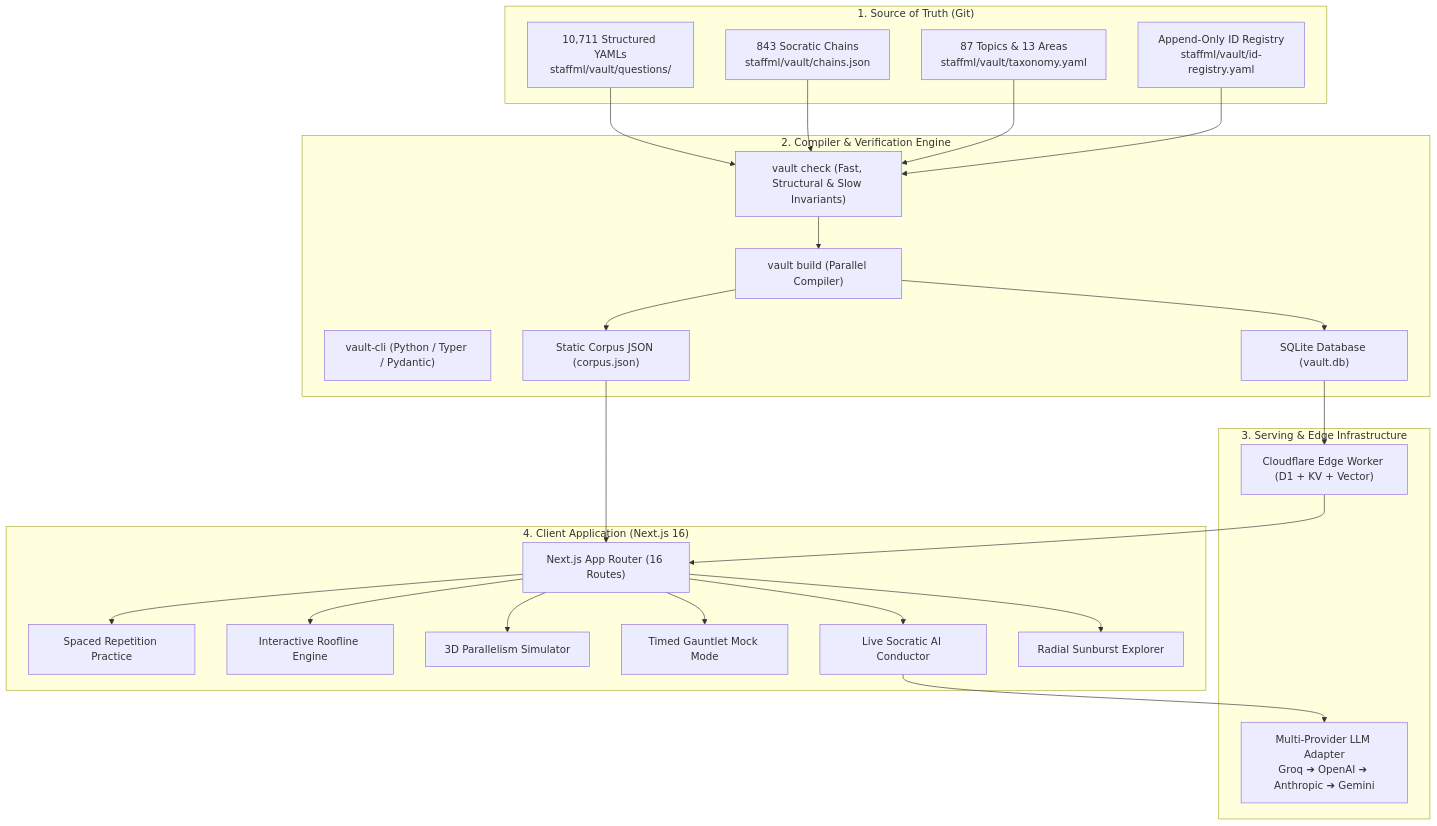
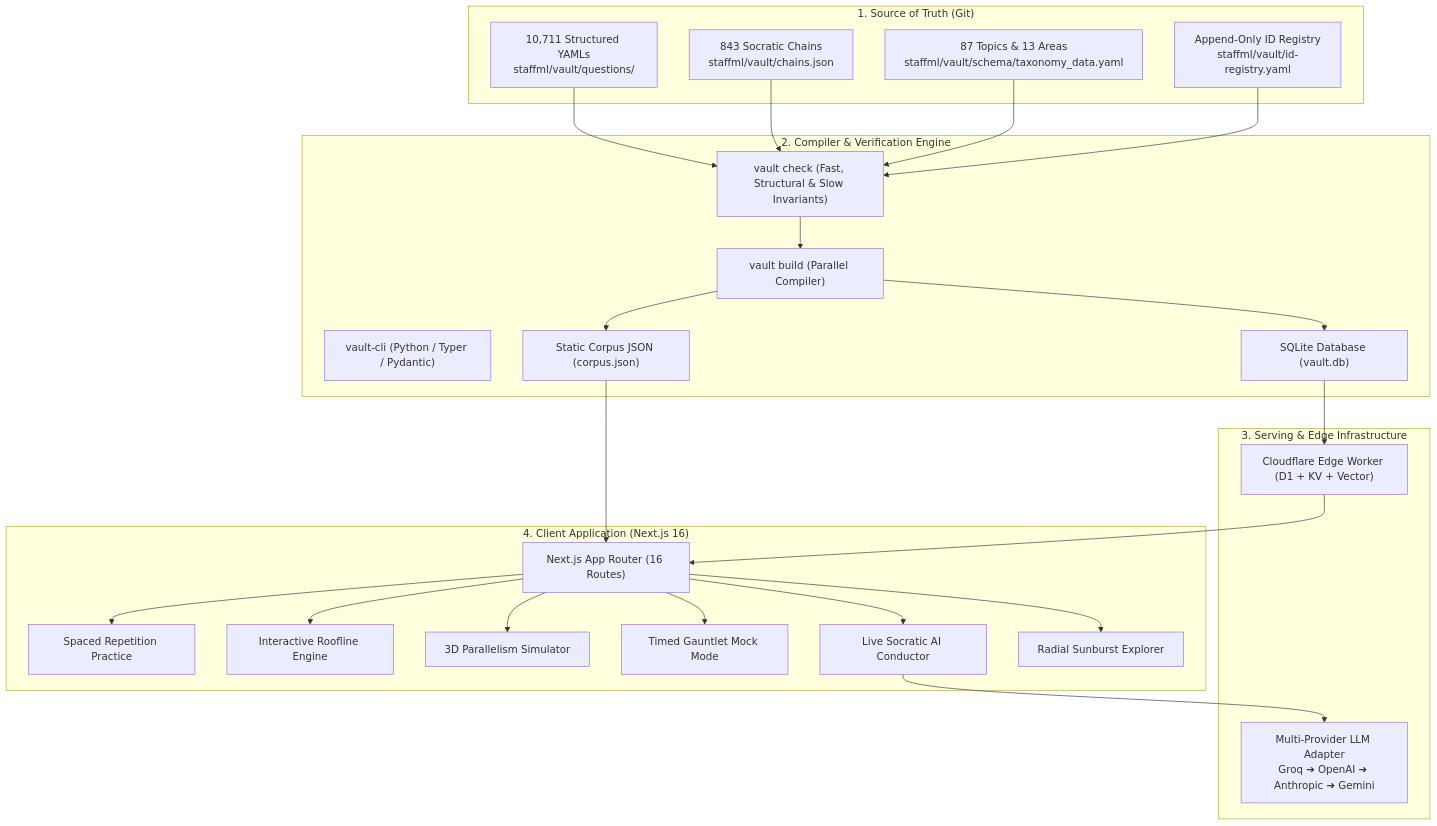
Before and after one commit to harvard-edge/cs249r_book: the first of 4 diagrams in staffml/ARCHITECTURE.md, drawn with Mermaid. The commit also changed other lines of this file and 11 other files, not shown here.

````diff
--- a/staffml/ARCHITECTURE.md
+++ b/staffml/ARCHITECTURE.md
@@ -17,50 +17,50 @@
 ```mermaid
 graph TD
     subgraph "1. Source of Truth (Git)"
         YAML["10,711 Structured YAMLs<br/>staffml/vault/questions/"]
         CHAINS["843 Socratic Chains<br/>staffml/vault/chains.json"]
-        TAXONOMY["87 Topics & 13 Areas<br/>staffml/vault/taxonomy.yaml"]
+        TAXONOMY["87 Topics & 13 Areas<br/>staffml/vault/schema/taxonomy_data.yaml"]
         REGISTRY["Append-Only ID Registry<br/>staffml/vault/id-registry.yaml"]
     end
 
     subgraph "2. Compiler & Verification Engine"
         CLI["vault-cli (Python / Typer / Pydantic)"]
         CHECK["vault check (Fast, Structural & Slow Invariants)"]
         BUILD["vault build (Parallel Compiler)"]
         DB["SQLite Database (vault.db)"]
         STATIC["Static Corpus JSON (corpus.json)"]
     end
 
     subgraph "3. Serving & Edge Infrastructure"
         WORKER["Cloudflare Edge Worker (D1 + KV + Vector)"]
         LLM_RELAY["Multi-Provider LLM Adapter<br/>Groq ➔ OpenAI ➔ Anthropic ➔ Gemini"]
     end
 
     subgraph "4. Client Application (Next.js 16)"
         APP["Next.js App Router (16 Routes)"]
         PRACTICE["Spaced Repetition Practice"]
         ROOFLINE["Interactive Roofline Engine"]
         SIMULATOR["3D Parallelism Simulator"]
         GAUNTLET["Timed Gauntlet Mock Mode"]
         CONDUCTOR["Live Socratic AI Conductor"]
         EXPLORER["Radial Sunburst Explorer"]
     end
 
     YAML --> CHECK
     CHAINS --> CHECK
     TAXONOMY --> CHECK
     REGISTRY --> CHECK
     CHECK --> BUILD
     BUILD --> DB
     BUILD --> STATIC
     DB --> WORKER
     STATIC --> APP
     WORKER --> APP
     APP --> PRACTICE
     APP --> ROOFLINE
     APP --> SIMULATOR
     APP --> GAUNTLET
     APP --> EXPLORER
     APP --> CONDUCTOR
     CONDUCTOR --> LLM_RELAY
 ```
````
